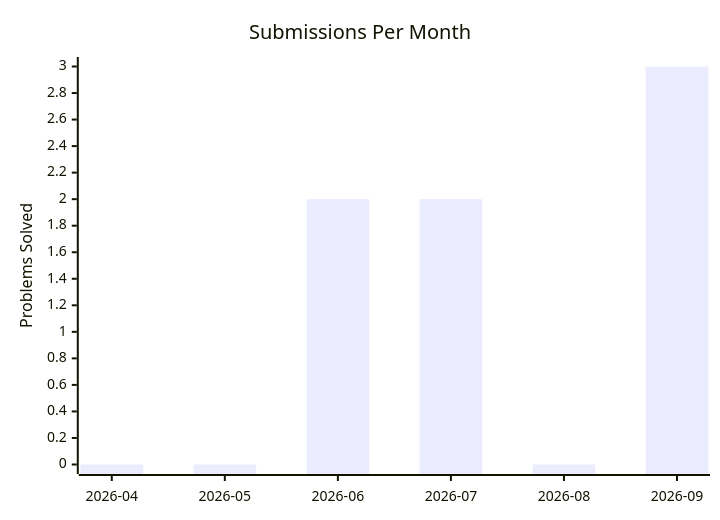
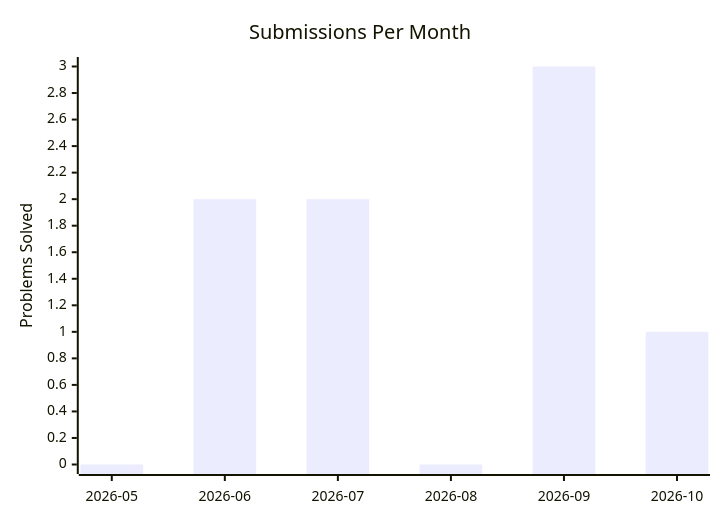
The second of 2 diagrams in PROGRESS.md (kanishk-procoder/leetcode-grind), drawn with Mermaid before and after one commit. The commit also changed other lines of this file and 4 other files, not shown here.

````diff
--- a/PROGRESS.md
+++ b/PROGRESS.md
@@ -12,7 +12,7 @@
 ```mermaid
 xychart-beta
     title "Submissions Per Month"
-    x-axis ["2026-04", "2026-05", "2026-06", "2026-07", "2026-08", "2026-09"]
+    x-axis ["2026-05", "2026-06", "2026-07", "2026-08", "2026-09", "2026-10"]
     y-axis "Problems Solved" 0 --> 3
-    bar [0, 0, 2, 2, 0, 3]
+    bar [0, 2, 2, 0, 3, 1]
 ```
````
